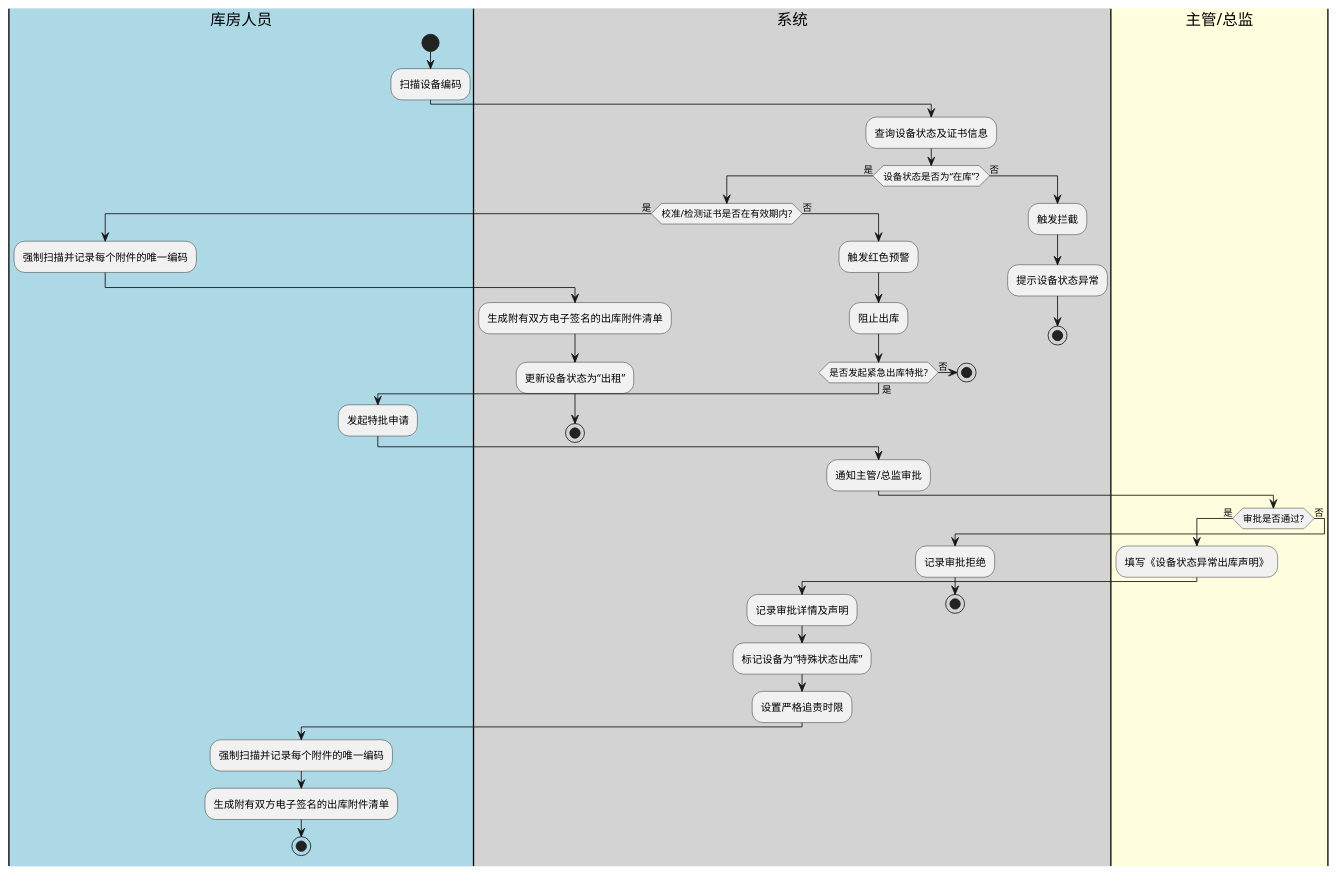
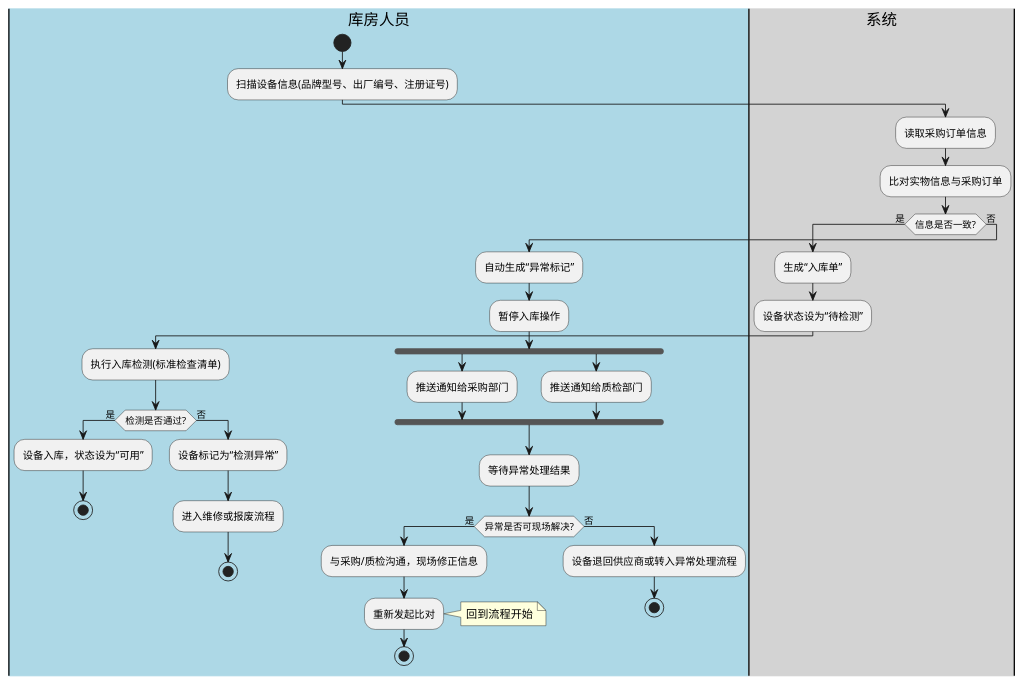
Before and after one commit to JiangHuanzhen/medical-device-rental-system: the second of 5 diagrams in .claude/knowledge-base/wiki/summaries/行为模型图-20260626-v2.puml, drawn with PlantUML. The commit also changed other lines of this file and 223 other files, not shown here.

```diff
--- a/.claude/knowledge-base/wiki/summaries/行为模型图-20260626-v2.puml
+++ b/.claude/knowledge-base/wiki/summaries/行为模型图-20260626-v2.puml
@@ -49,49 +68,46 @@
 @startuml
 |#LightBlue|库房人员|
 start
-:扫描设备编码;
+:扫描设备信息(品牌型号、出厂编号、注册证号);
+
 |#LightGray|系统|
-:查询设备状态及证书信息;
-if (设备状态是否为“在库”?) then (是)
-  if (校准/检测证书是否在有效期内?) then (是)
-    |#LightBlue|库房人员|
-    :强制扫描并记录每个附件的唯一编码;
-    |#LightGray|系统|
-    :生成附有双方电子签名的出库附件清单;
-    :更新设备状态为“出租”;
+:读取采购订单信息;
+:比对实物信息与采购订单;
+
+if (信息是否一致?) then (是)
+  :生成“入库单”;
+  :设备状态设为“待检测”;
+  |#LightBlue|库房人员|
+  :执行入库检测(标准检查清单);
+  if (检测是否通过?) then (是)
+    :设备入库，状态设为“可用”;
     stop
   else (否)
-    :触发红色预警;
-    :阻止出库;
-    if (是否发起紧急出库特批?) then (是)
-      |#LightBlue|库房人员|
-      :发起特批申请;
-      |#LightGray|系统|
-      :通知主管/总监审批;
-      |#LightYellow|主管/总监|
-      if (审批是否通过?) then (是)
-        :填写《设备状态异常出库声明》;
-        |#LightGray|系统|
-        :记录审批详情及声明;
-        :标记设备为“特殊状态出库”;
-        :设置严格追责时限;
-        |#LightBlue|库房人员|
-        :强制扫描并记录每个附件的唯一编码;
-        :生成附有双方电子签名的出库附件清单;
-        stop
-      else (否)
-        |#LightGray|系统|
-        :记录审批拒绝;
-        stop
-      endif
-    else (否)
-      stop
-    endif
+    :设备标记为“检测异常”;
+    :进入维修或报废流程;
+    stop
   endif
 else (否)
-  :触发拦截;
-  :提示设备状态异常;
-  stop
+  :自动生成“异常标记”;
+  :暂停入库操作;
+
+  fork
+    :推送通知给采购部门;
+  fork again
+    :推送通知给质检部门;
+  end fork
+
+  |#LightBlue|库房人员|
+  :等待异常处理结果;
+  if (异常是否可现场解决?) then (是)
+    :与采购/质检沟通，现场修正信息;
+    :重新发起比对;
+    note right: 回到流程开始
+    stop
+  else (否)
+    :设备退回供应商或转入异常处理流程;
+    stop
+  endif
 endif
 
 @enduml
```
